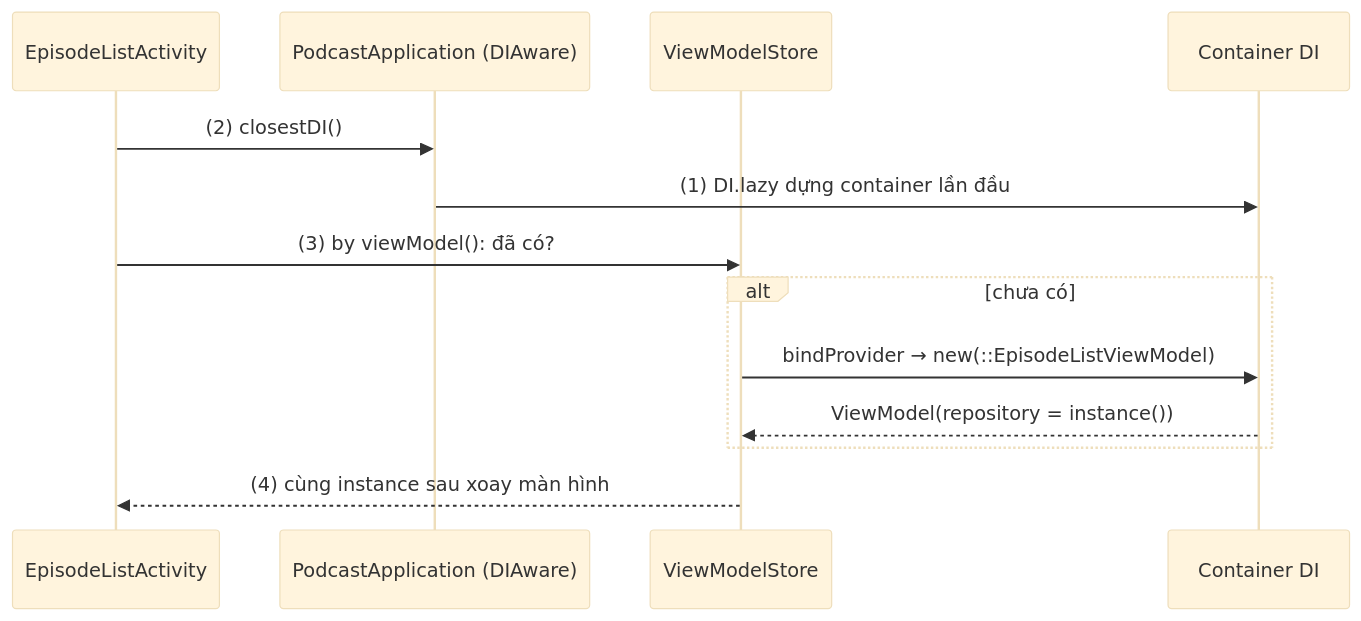
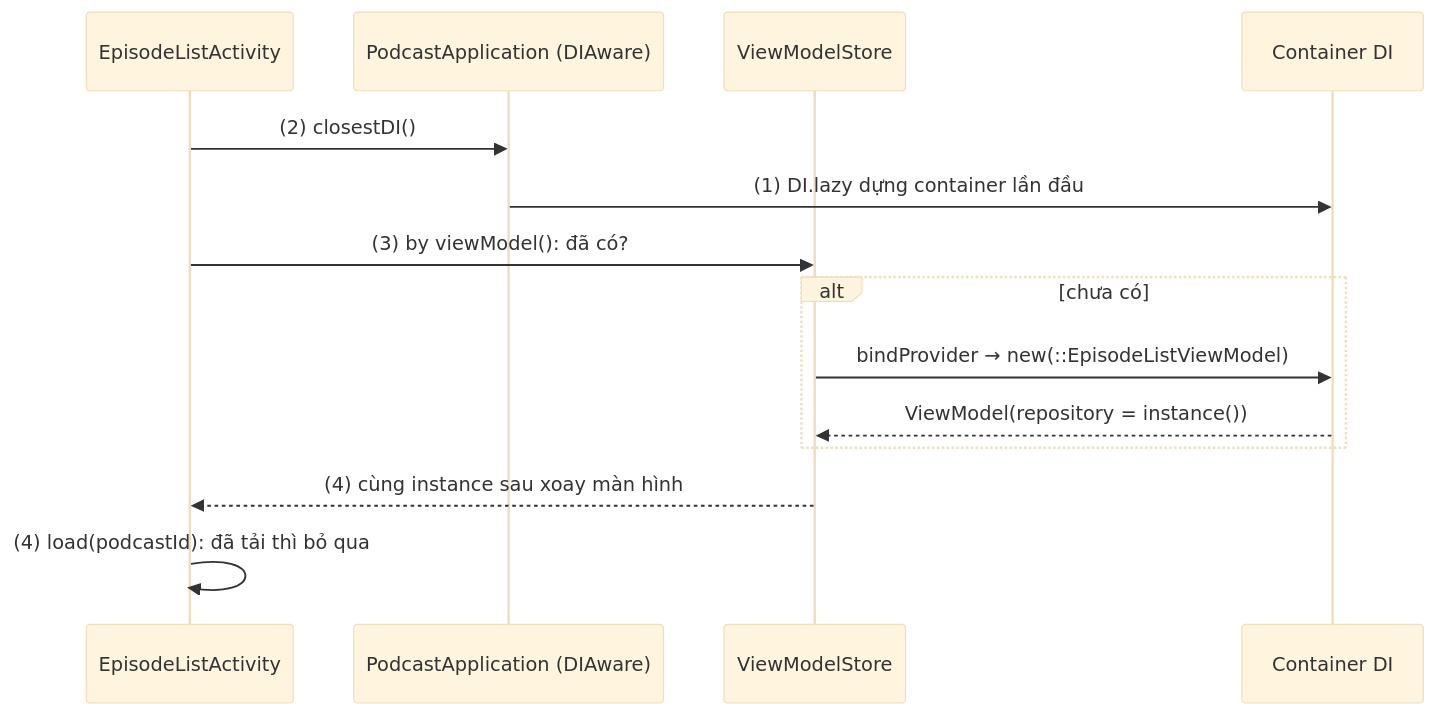
The second of 3 diagrams in knowledge/android/docs/session_07/design_pattern/di/kodein.md (h1eu/knowledge), drawn with Mermaid (base theme) before and after one commit. The commit also changed other lines of this file and 19 other files, not shown here.

````diff
--- a/knowledge/android/docs/session_07/design_pattern/di/kodein.md
+++ b/knowledge/android/docs/session_07/design_pattern/di/kodein.md
@@ -135,15 +135,16 @@
 ```mermaid
 sequenceDiagram
     participant A as EpisodeListActivity
     participant App as PodcastApplication (DIAware)
     participant S as ViewModelStore
     participant DI as Container DI
     A->>App: (2) closestDI()
     App->>DI: (1) DI.lazy dựng container lần đầu
     A->>S: (3) by viewModel(): đã có?
     alt chưa có
         S->>DI: bindProvider → new(::EpisodeListViewModel)
         DI-->>S: ViewModel(repository = instance())
     end
     S-->>A: (4) cùng instance sau xoay màn hình
+    A->>A: (4) load(podcastId): đã tải thì bỏ qua
 ```
````
